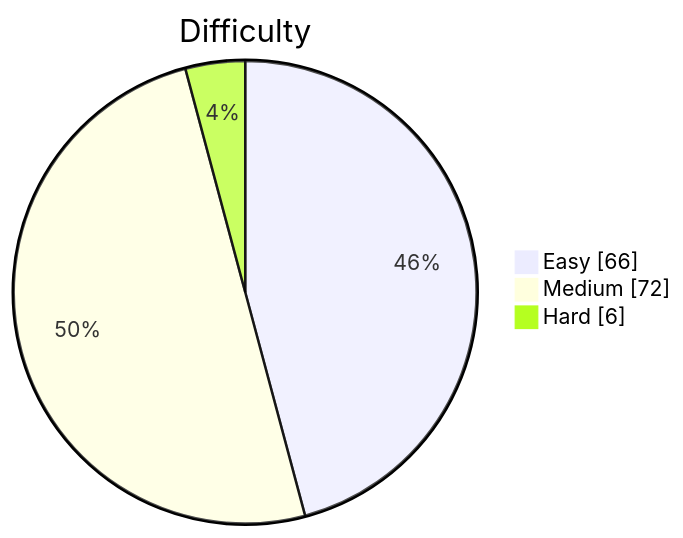
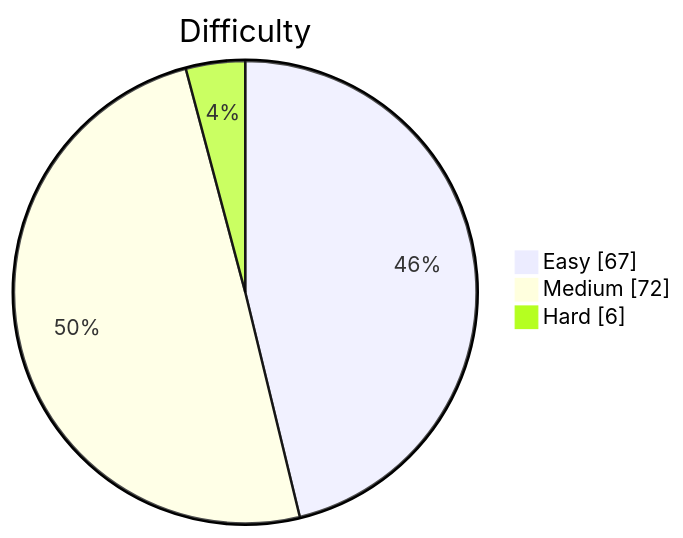
One commit to kevstevie/python-algo-practice changed the diagram in README.md. Above: the diagram before and after it, drawn with Mermaid. The commit also changed other lines of this file, not shown here.

````diff
--- a/README.md
+++ b/README.md
@@ -13,7 +13,7 @@
 ```mermaid
 pie showData
     title Difficulty
-    "Easy"   : 66
+    "Easy"   : 67
     "Medium" : 72
     "Hard"   : 6
 ```
````
